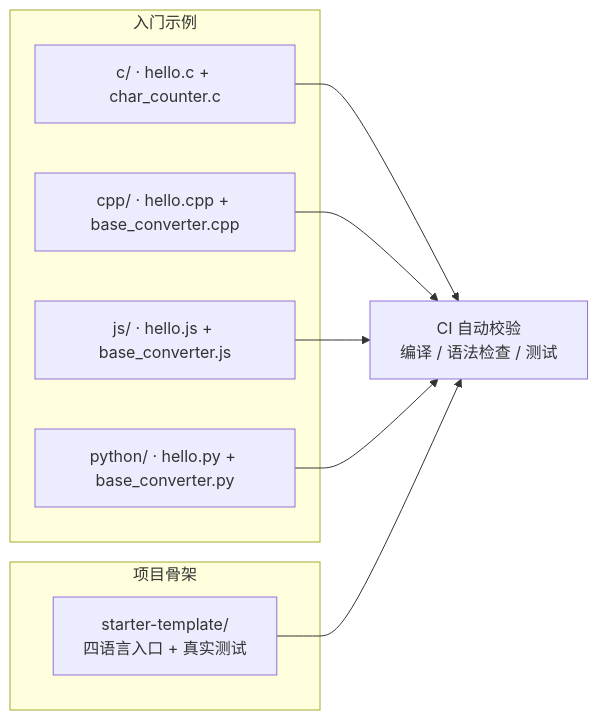
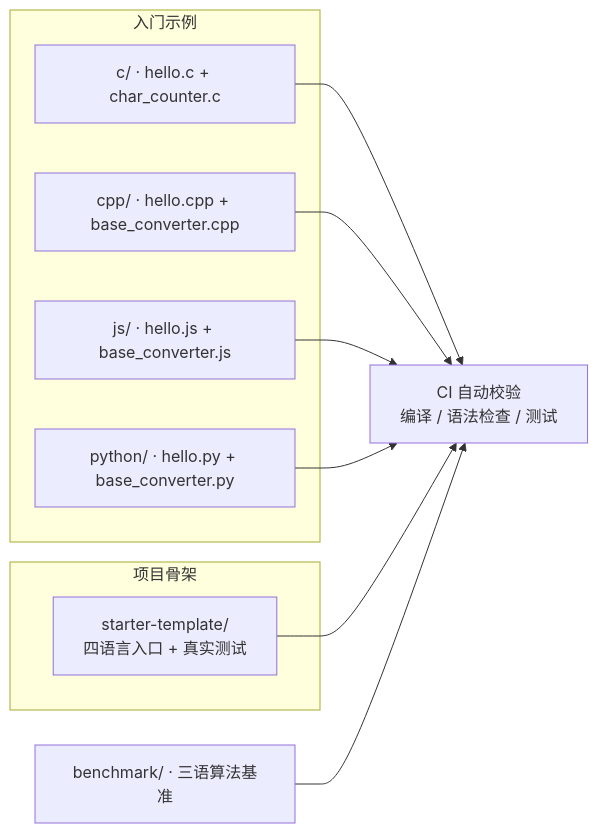
One commit to xiaomaozjj666/programming-exercises changed the first of 2 diagrams in README.md. Above: the diagram before and after it, drawn with Mermaid. The commit also changed other lines of this file and 5 other files, not shown here.

````diff
--- a/README.md
+++ b/README.md
@@ -22,17 +22,19 @@
 ```mermaid
 flowchart LR
     subgraph EXAMPLES["入门示例"]
         C["c/ · hello.c + char_counter.c"]
         CPP["cpp/ · hello.cpp + base_converter.cpp"]
         JS["js/ · hello.js + base_converter.js"]
         PY["python/ · hello.py + base_converter.py"]
     end
     subgraph TEMPLATE["项目骨架"]
         ST["starter-template/<br/>四语言入口 + 真实测试"]
     end
+    BM["benchmark/ · 三语算法基准"]
     C --> CI["CI 自动校验<br/>编译 / 语法检查 / 测试"]
     CPP --> CI
     JS --> CI
     PY --> CI
     ST --> CI
+    BM --> CI
 ```
````
